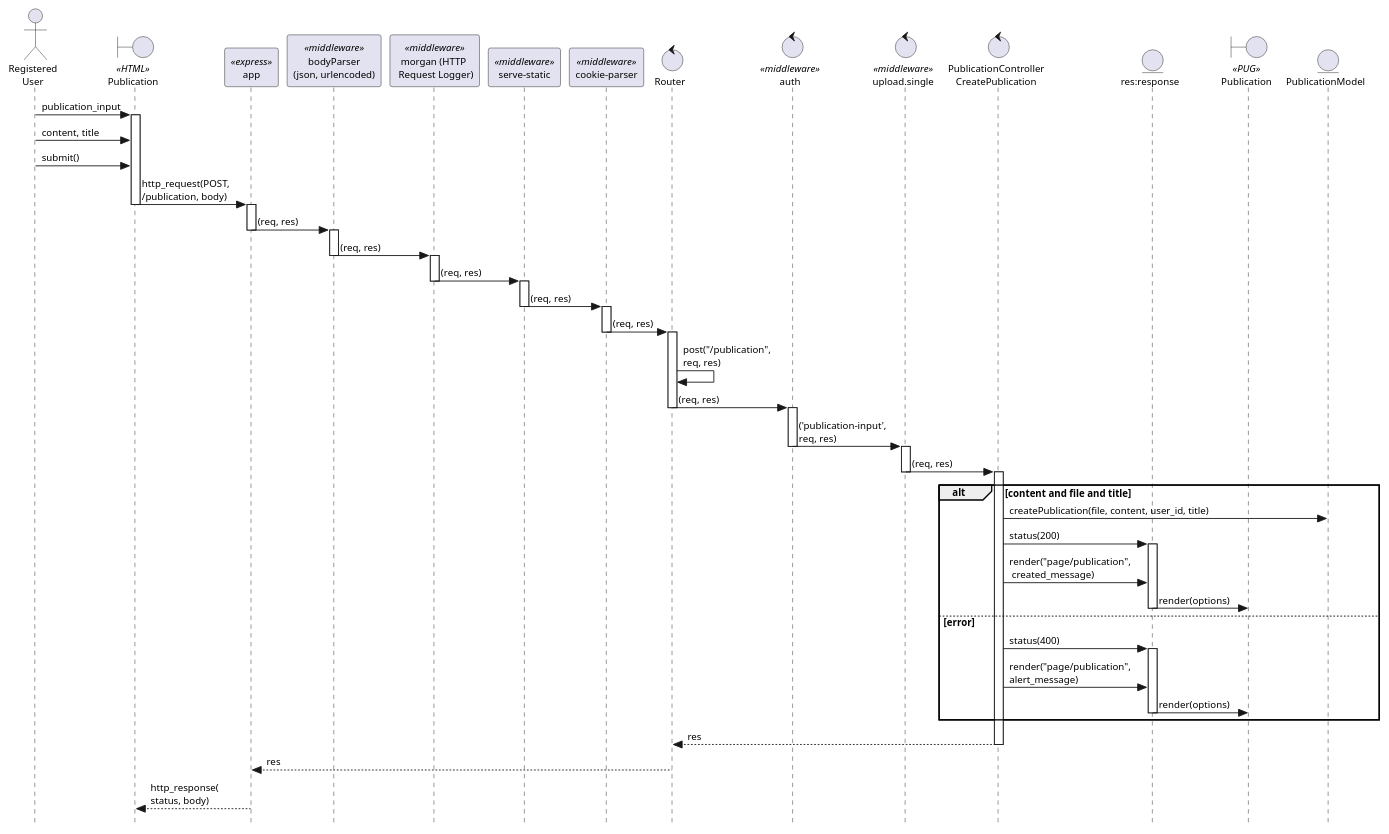
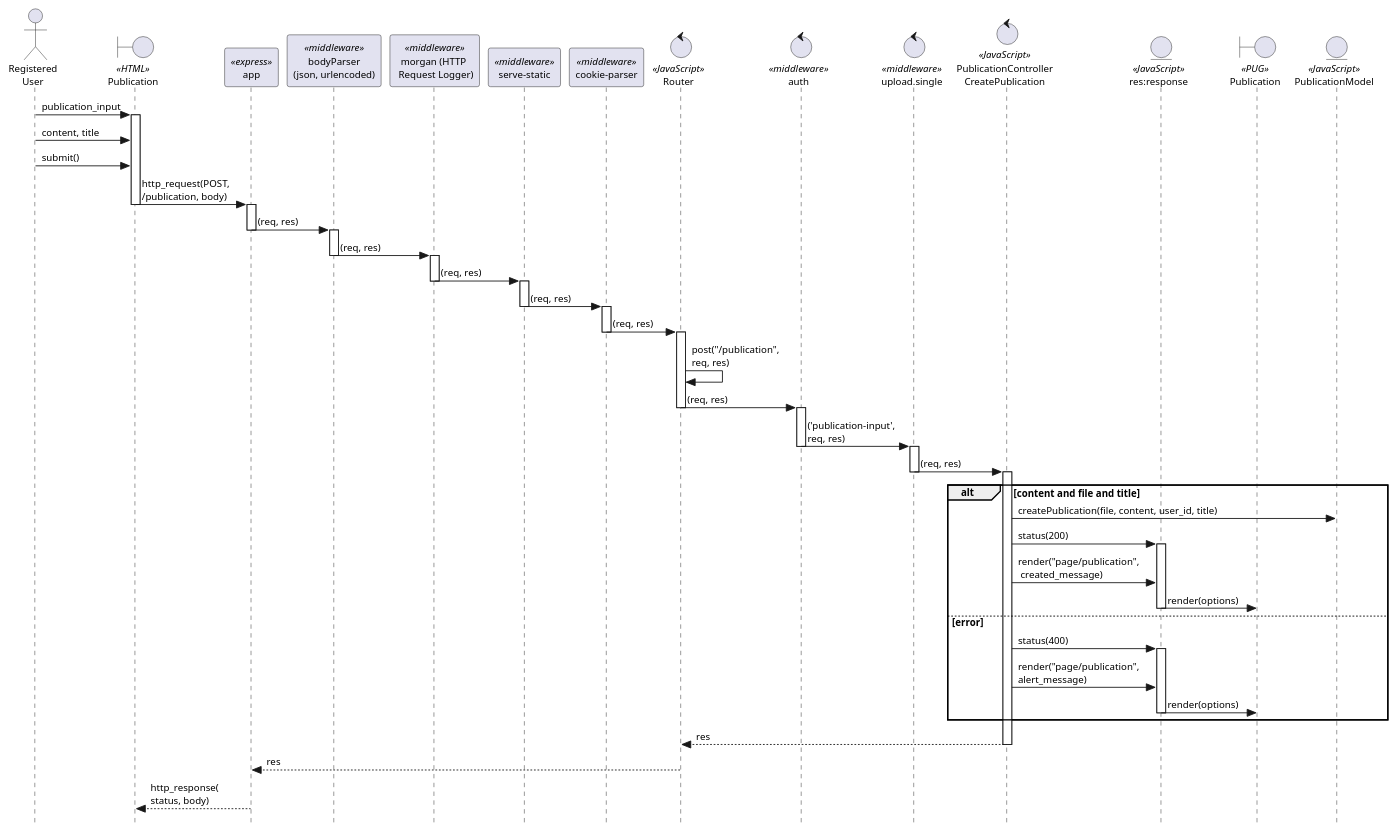
The diagram in logicalView/designView/express/usecaseDesign/interactionsSequenceUC7.plantuml (mpaulaherrero/tesis-frameworks-backend-diagrams), drawn with PlantUML before and after one commit. The commit also changed 2 other files, not shown here.

Commit message:
<< JavaScript >>

```diff
--- a/logicalView/designView/express/usecaseDesign/interactionsSequenceUC7.plantuml
+++ b/logicalView/designView/express/usecaseDesign/interactionsSequenceUC7.plantuml
@@ -1,79 +1,79 @@
 @startuml
 skinparam style strictuml
 skinparam defaultFontSize 11
 skinparam stereotypePosition top
 
 actor "Registered\nUser" as UserReg
 
 boundary "Publication" as PublicationHtml << HTML >>
 
 participant app << express >>
 participant "bodyParser\n(json, urlencoded)" as bodyParser << middleware >>
 participant "morgan (HTTP \n Request Logger)" as morgan << middleware >>
 participant "serve-static" as serveStatic << middleware >>
 participant "cookie-parser" as cookieParser << middleware >>
 
-control Router
+control Router << JavaScript >>
 
 control auth << middleware >>
 control "upload.single" as uploadSingle << middleware >>
 
-control "PublicationController\nCreatePublication" as CreatePublicationController
+control "PublicationController\nCreatePublication" as CreatePublicationController << JavaScript >>
 
-entity "res:response" as response
+entity "res:response" as response << JavaScript >>
 boundary "Publication" as PublicationDetailView << PUG >>
-entity PublicationModel
+entity PublicationModel << JavaScript >>
 
 UserReg -> PublicationHtml: publication_input
 activate PublicationHtml
 UserReg -> PublicationHtml: content, title
 UserReg -> PublicationHtml: submit()
 PublicationHtml -> app: http_request(POST, \n/publication, body)
 deactivate PublicationHtml
 activate app
 app -> bodyParser: (req, res)
 deactivate app
 activate bodyParser
 bodyParser -> morgan: (req, res)
 deactivate bodyParser
 activate morgan
 morgan -> serveStatic: (req, res)
 deactivate morgan
 activate serveStatic
 serveStatic -> cookieParser: (req, res)
 deactivate serveStatic
 activate cookieParser
 cookieParser -> Router: (req, res)
 deactivate cookieParser
 activate Router
 Router -> Router: post("/publication", \nreq, res)
 Router -> auth: (req, res)
 deactivate Router
 activate auth
 auth -> uploadSingle: ('publication-input',\nreq, res)
 deactivate auth
 activate uploadSingle
 uploadSingle -> CreatePublicationController: (req, res)
 deactivate uploadSingle
 activate CreatePublicationController
 alt content and file and title
     CreatePublicationController -> PublicationModel: createPublication(file, content, user_id, title)
     CreatePublicationController -> response: status(200)
     activate response
     CreatePublicationController -> response: render("page/publication", \n created_message)
     response -> PublicationDetailView: render(options)
     deactivate response
 else error
     CreatePublicationController -> response: status(400)
     activate response
     CreatePublicationController -> response: render("page/publication", \nalert_message)
     response -> PublicationDetailView: render(options)
     deactivate response
 end
 
 CreatePublicationController --> Router: res
 deactivate CreatePublicationController
 Router --> app: res
 app --> PublicationHtml: http_response(\nstatus, body)
 
 @enduml
```
